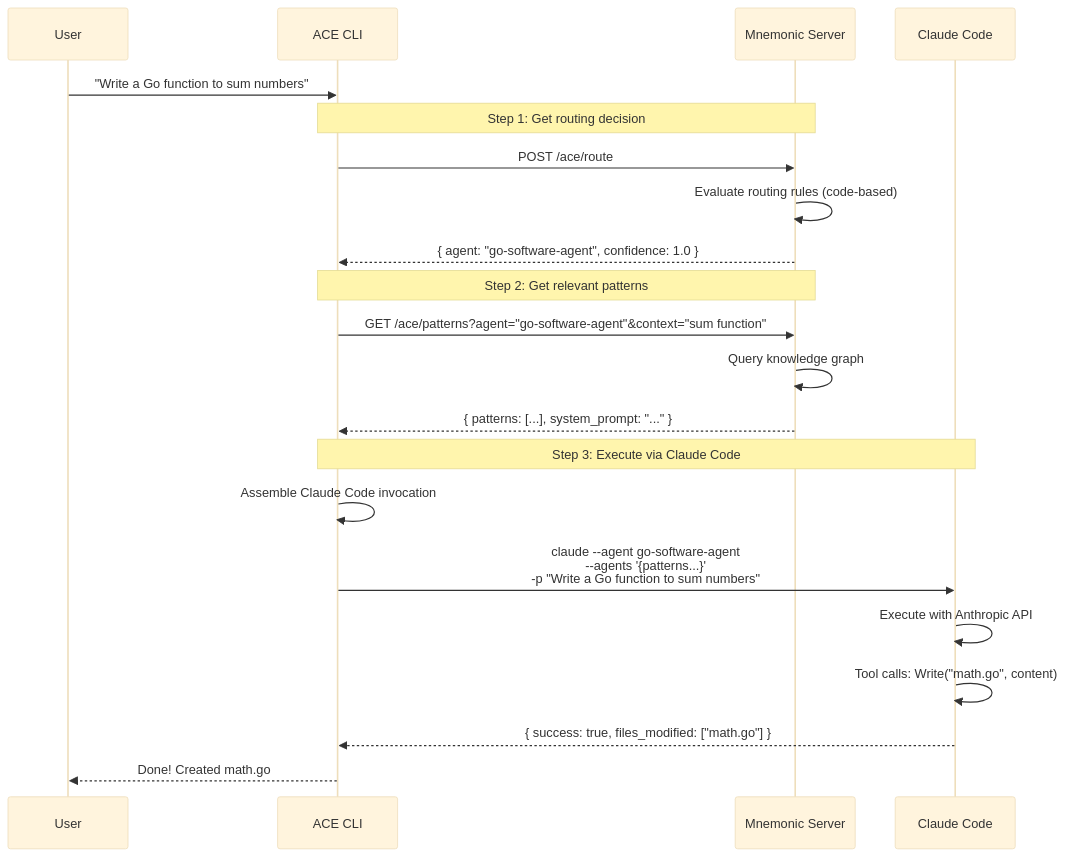
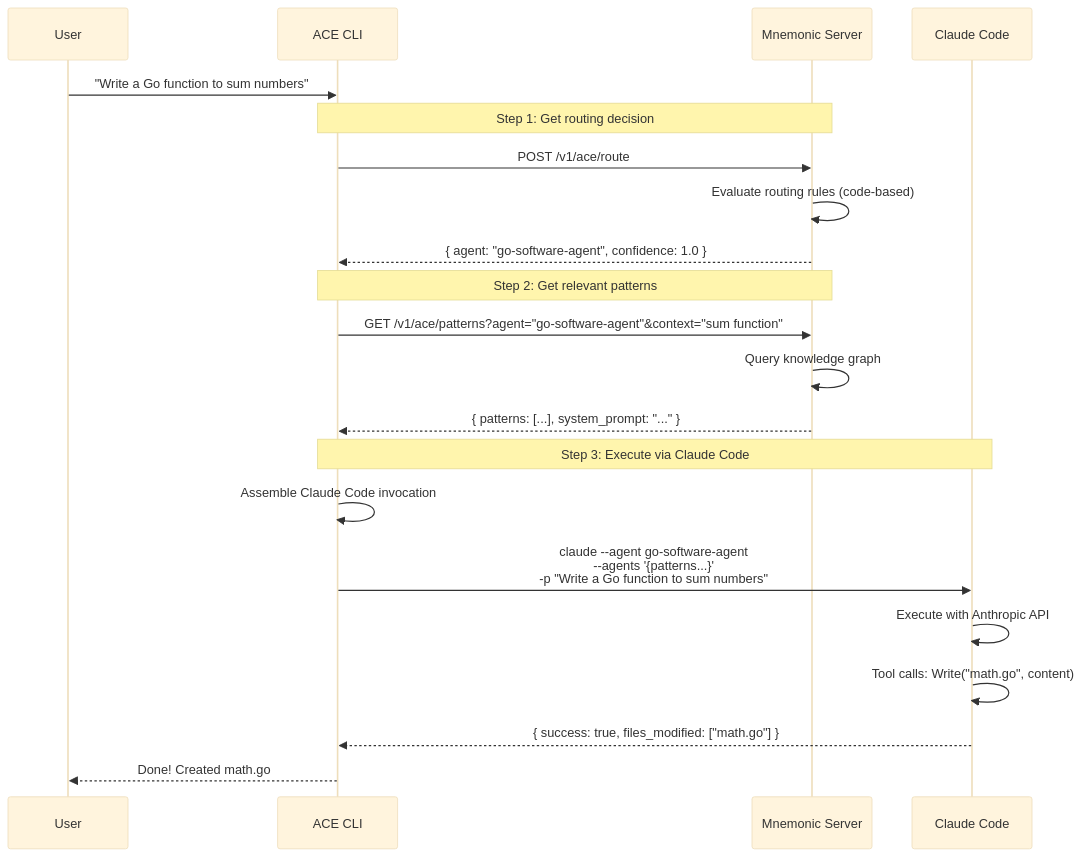
The first of 2 diagrams in docs/architecture/mnemonic-integration-concept.md (twistingmercury/mnemonic-mcp), drawn with Mermaid (base theme) before and after one commit. The commit also changed other lines of this file and 14 other files, not shown here.

Commit message:
docs reviewed for consistency. Need to spec out ACE cli

````diff
--- a/docs/architecture/mnemonic-integration-concept.md
+++ b/docs/architecture/mnemonic-integration-concept.md
@@ -12,28 +12,28 @@
 ```mermaid
 sequenceDiagram
     participant User
     participant CLI as ACE CLI
     participant MN as Mnemonic Server
     participant CC as Claude Code
 
     User->>CLI: "Write a Go function to sum numbers"
 
     Note over CLI,MN: Step 1: Get routing decision
-    CLI->>MN: POST /ace/route
+    CLI->>MN: POST /v1/ace/route
     MN->>MN: Evaluate routing rules (code-based)
     MN-->>CLI: { agent: "go-software-agent", confidence: 1.0 }
 
     Note over CLI,MN: Step 2: Get relevant patterns
-    CLI->>MN: GET /ace/patterns?agent="go-software-agent"&context="sum function"
+    CLI->>MN: GET /v1/ace/patterns?agent="go-software-agent"&context="sum function"
     MN->>MN: Query knowledge graph
     MN-->>CLI: { patterns: [...], system_prompt: "..." }
 
     Note over CLI,CC: Step 3: Execute via Claude Code
     CLI->>CLI: Assemble Claude Code invocation
     CLI->>CC: claude --agent go-software-agent<br/>--agents '{patterns...}'<br/>-p "Write a Go function to sum numbers"
     CC->>CC: Execute with Anthropic API
     CC->>CC: Tool calls: Write("math.go", content)
     CC-->>CLI: { success: true, files_modified: ["math.go"] }
 
     CLI-->>User: Done! Created math.go
 ```
````
